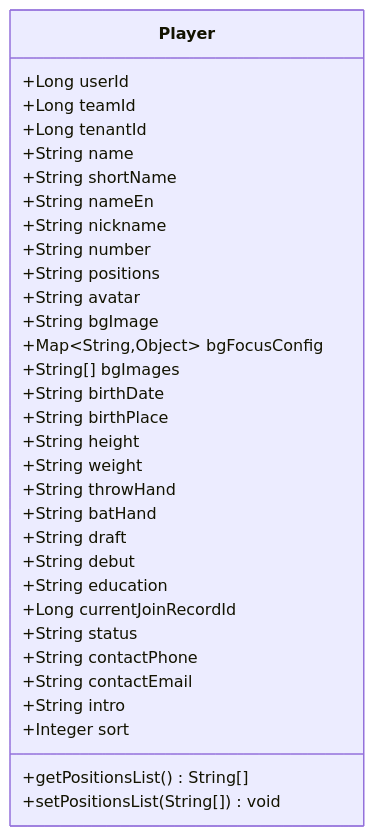
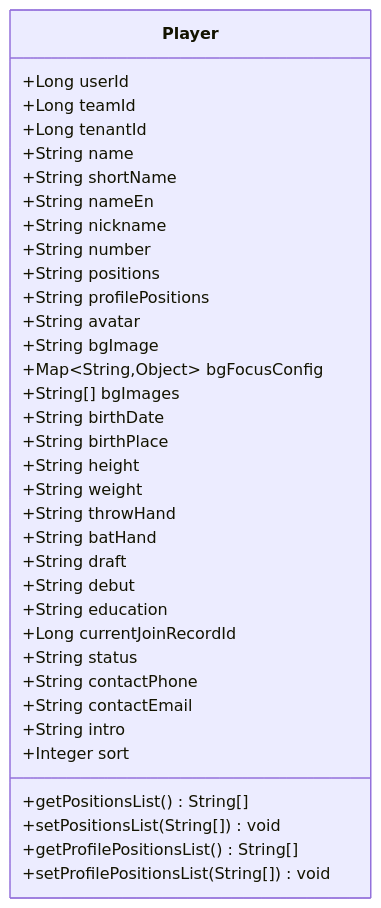
The third of 7 diagrams in docs/tech/数据模型设计/核心业务实体/球员实体(Player).md (skvan/bsdone), drawn with Mermaid before and after one commit. The commit also changed other lines of this file and 16 other files, not shown here.

````diff
--- a/docs/tech/数据模型设计/核心业务实体/球员实体(Player).md
+++ b/docs/tech/数据模型设计/核心业务实体/球员实体(Player).md
@@ -111,35 +112,38 @@
 ```mermaid
 classDiagram
 class Player {
 +Long userId
 +Long teamId
 +Long tenantId
 +String name
 +String shortName
 +String nameEn
 +String nickname
 +String number
 +String positions
++String profilePositions
 +String avatar
 +String bgImage
 +Map~String,Object~ bgFocusConfig
 +String[] bgImages
 +String birthDate
 +String birthPlace
 +String height
 +String weight
 +String throwHand
 +String batHand
 +String draft
 +String debut
 +String education
 +Long currentJoinRecordId
 +String status
 +String contactPhone
 +String contactEmail
 +String intro
 +Integer sort
 +getPositionsList() String[]
 +setPositionsList(String[]) void
++getProfilePositionsList() String[]
++setProfilePositionsList(String[]) void
 }
 ```
````
